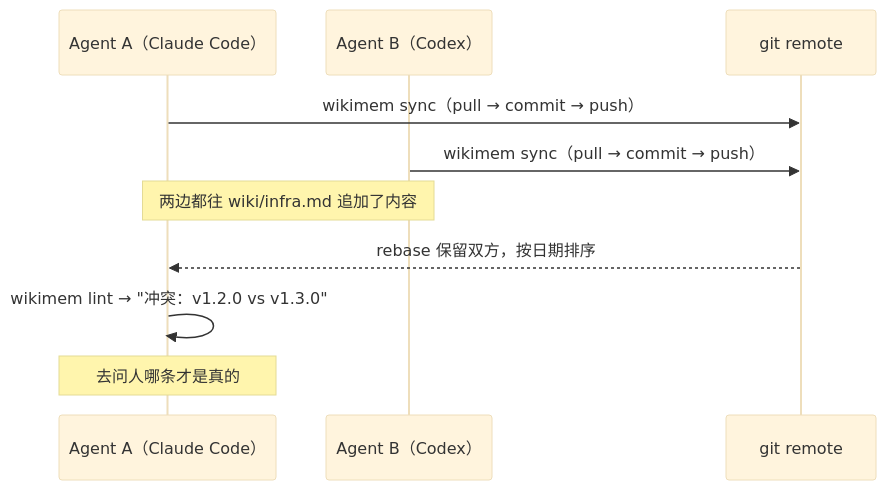
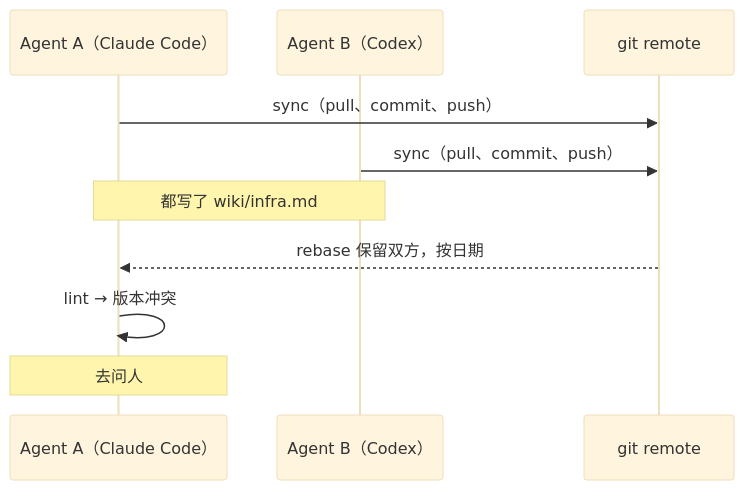
One commit to QINXIN111/tiered-memory changed the sixth of 6 diagrams in README.zh-CN.md. Above: the diagram before and after it, drawn with Mermaid (base theme). The commit also changed other lines of this file and 1 other file, not shown here.

Commit message:
docs: shrink sequence diagrams so they fit the column

````diff
--- a/README.zh-CN.md
+++ b/README.zh-CN.md
@@ -180,13 +180,13 @@
 ```mermaid
 sequenceDiagram
     participant A as Agent A（Claude Code）
     participant B as Agent B（Codex）
     participant G as git remote
 
-    A->>G: wikimem sync（pull → commit → push）
-    B->>G: wikimem sync（pull → commit → push）
-    Note over A,B: 两边都往 wiki/infra.md 追加了内容
-    G-->>A: rebase 保留双方，按日期排序
-    A->>A: wikimem lint → "冲突：v1.2.0 vs v1.3.0"
-    Note over A: 去问人哪条才是真的
+    A->>G: sync（pull、commit、push）
+    B->>G: sync（pull、commit、push）
+    Note over A,B: 都写了 wiki/infra.md
+    G-->>A: rebase 保留双方，按日期
+    A->>A: lint → 版本冲突
+    Note over A: 去问人
 ```
````
